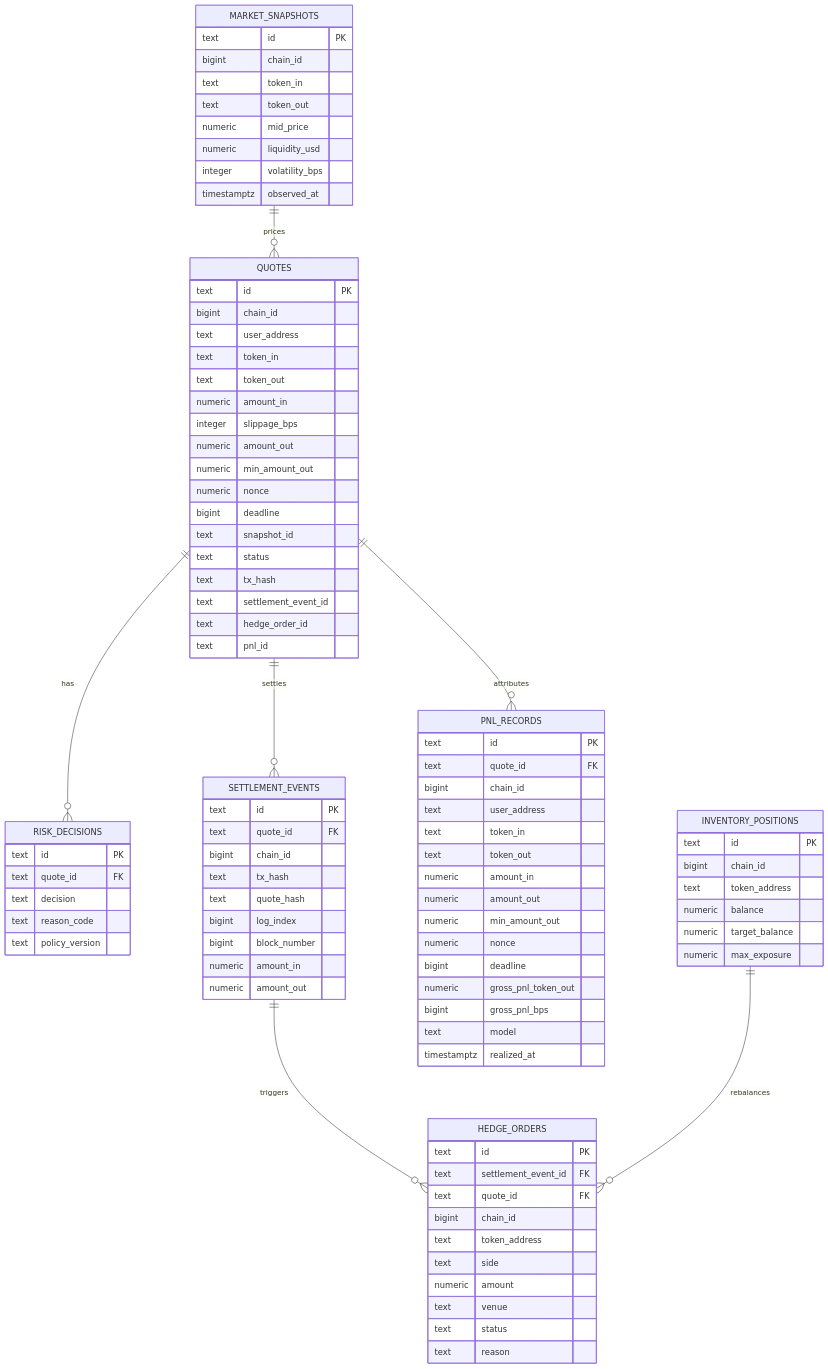
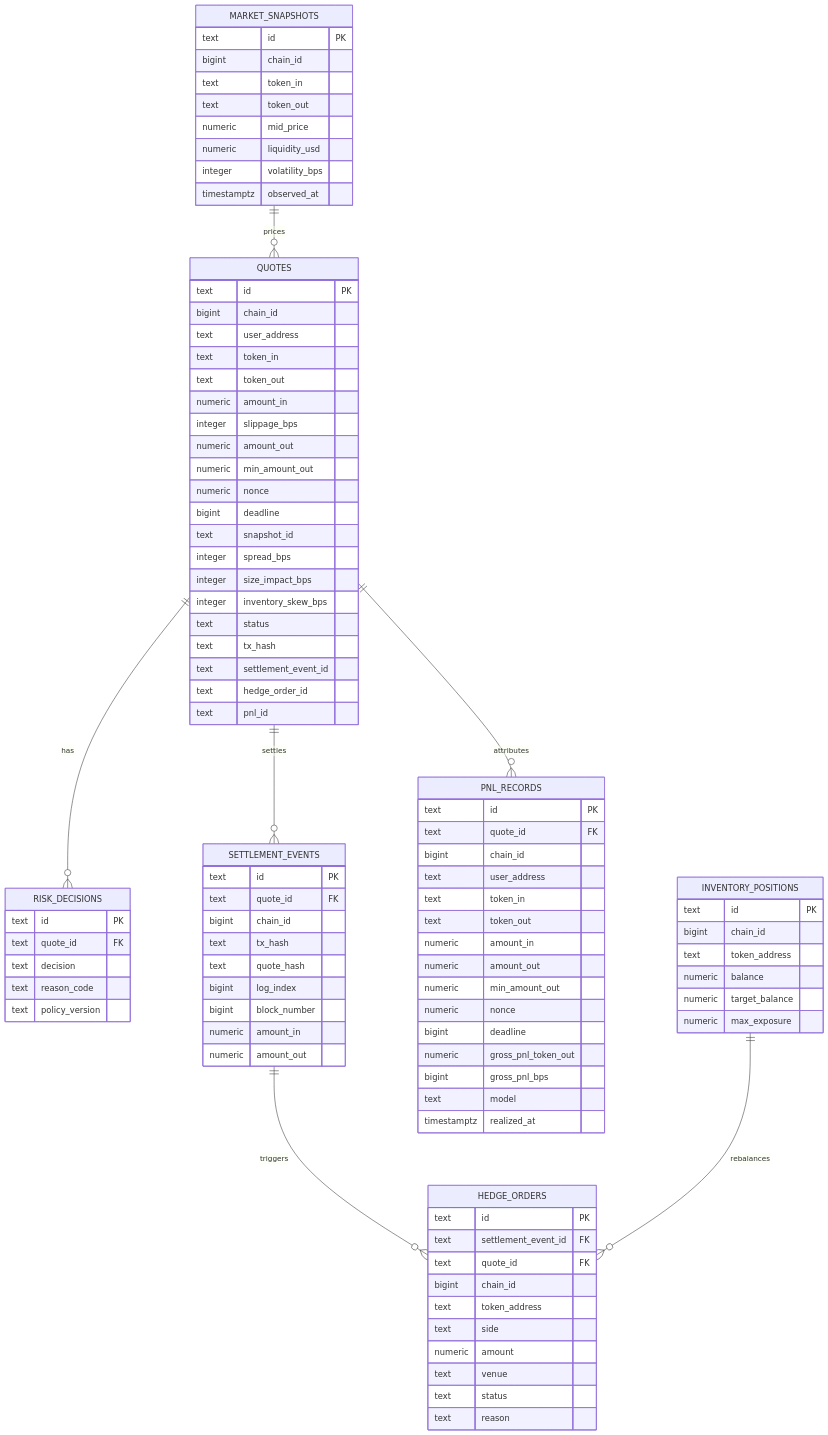
One commit to alvis-ai/production-grade-web3-rfq-market-maker changed the diagram in docs/database/er-diagram.md. Above: the diagram before and after it, drawn with Mermaid. The commit also changed other lines of this file and 10 other files, not shown here.

```diff
--- a/docs/database/er-diagram.md
+++ b/docs/database/er-diagram.md
@@ -24,6 +24,9 @@
     numeric nonce
     bigint deadline
     text snapshot_id
+    integer spread_bps
+    integer size_impact_bps
+    integer inventory_skew_bps
     text status
     text tx_hash
     text settlement_event_id
```
